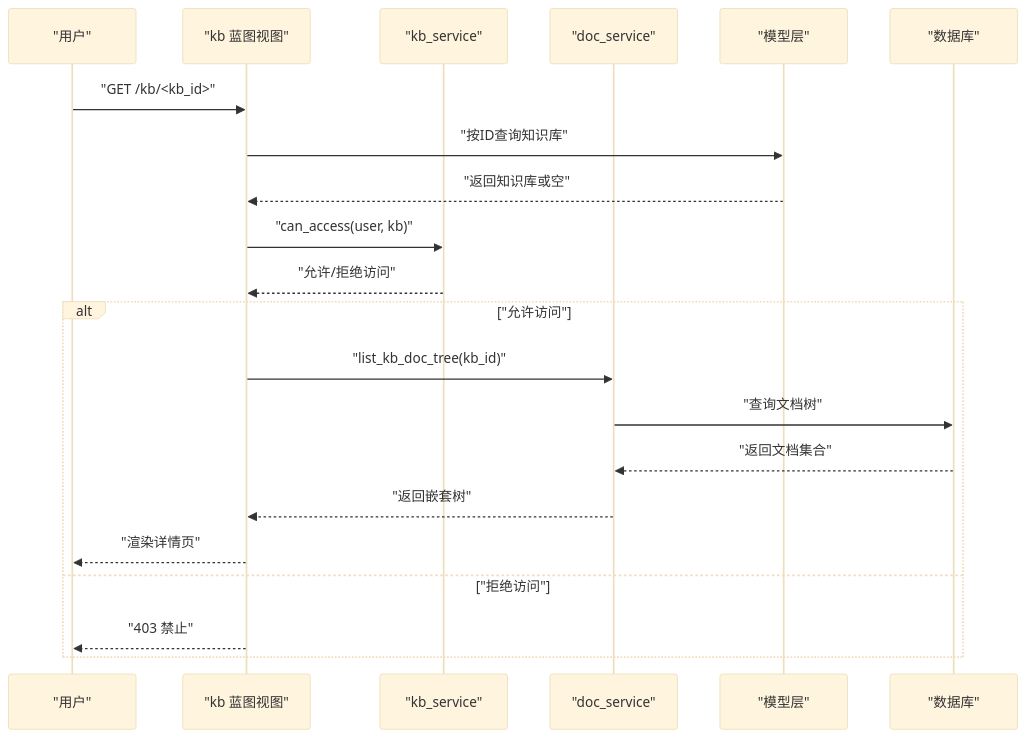
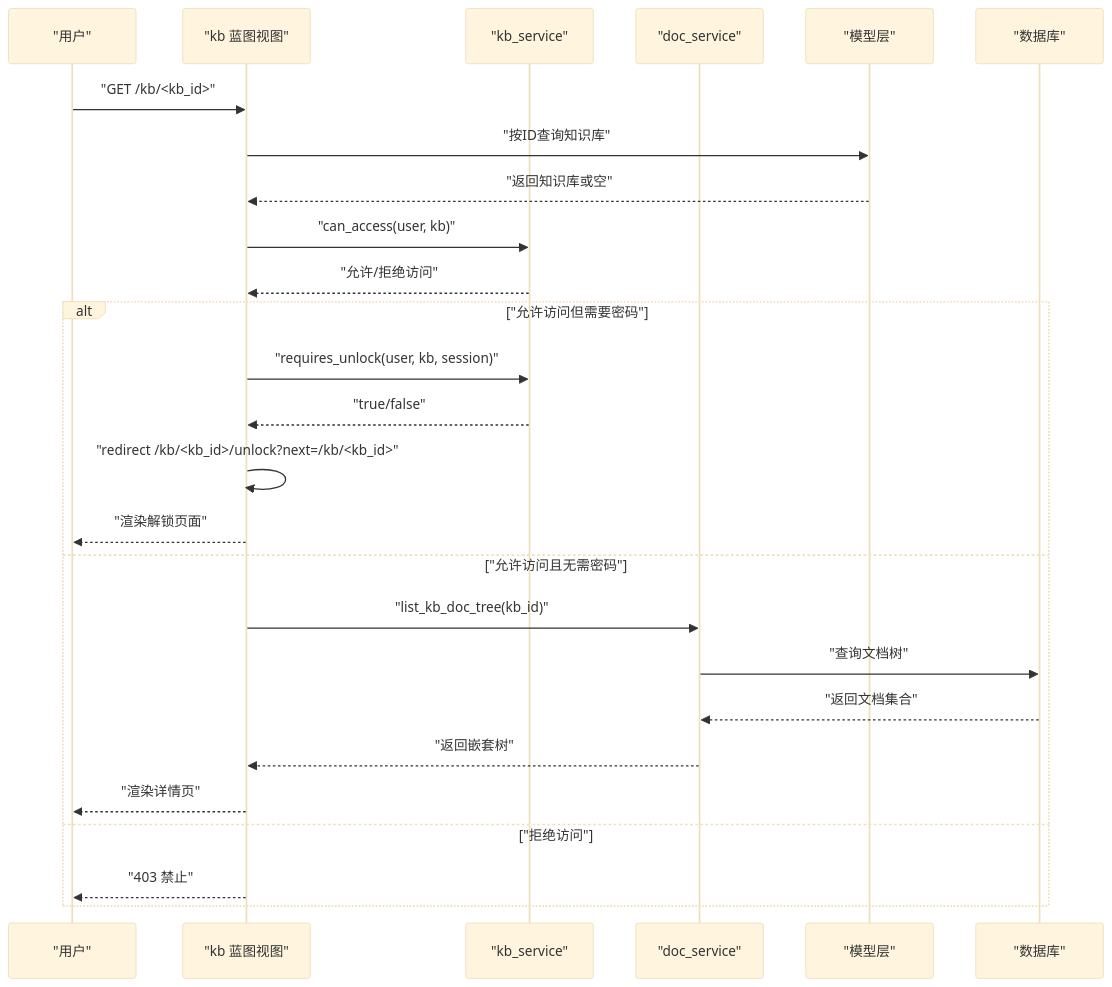
One commit to beyondalbert/my_wiki changed the second of 8 diagrams in .qoder/repowiki/zh/content/架构设计/蓝图系统设计/知识库蓝图 (Knowledge Base Blueprint).md. Above: the diagram before and after it, drawn with Mermaid (base theme). The commit also changed other lines of this file and 4 other files, not shown here.

````diff
--- a/.qoder/repowiki/zh/content/架构设计/蓝图系统设计/知识库蓝图 (Knowledge Base Blueprint).md
+++ b/.qoder/repowiki/zh/content/架构设计/蓝图系统设计/知识库蓝图 (Knowledge Base Blueprint).md
@@ -128,23 +143,28 @@
 ```mermaid
 sequenceDiagram
 participant U as "用户"
 participant V as "kb 蓝图视图"
 participant S as "kb_service"
 participant D as "doc_service"
 participant M as "模型层"
 participant DB as "数据库"
 U->>V : "GET /kb/<kb_id>"
 V->>M : "按ID查询知识库"
 M-->>V : "返回知识库或空"
 V->>S : "can_access(user, kb)"
 S-->>V : "允许/拒绝访问"
-alt "允许访问"
+alt "允许访问但需要密码"
+V->>S : "requires_unlock(user, kb, session)"
+S-->>V : "true/false"
+V->>V : "redirect /kb/<kb_id>/unlock?next=/kb/<kb_id>"
+V-->>U : "渲染解锁页面"
+else "允许访问且无需密码"
 V->>D : "list_kb_doc_tree(kb_id)"
 D->>DB : "查询文档树"
 DB-->>D : "返回文档集合"
 D-->>V : "返回嵌套树"
 V-->>U : "渲染详情页"
 else "拒绝访问"
 V-->>U : "403 禁止"
 end
 ```
````
